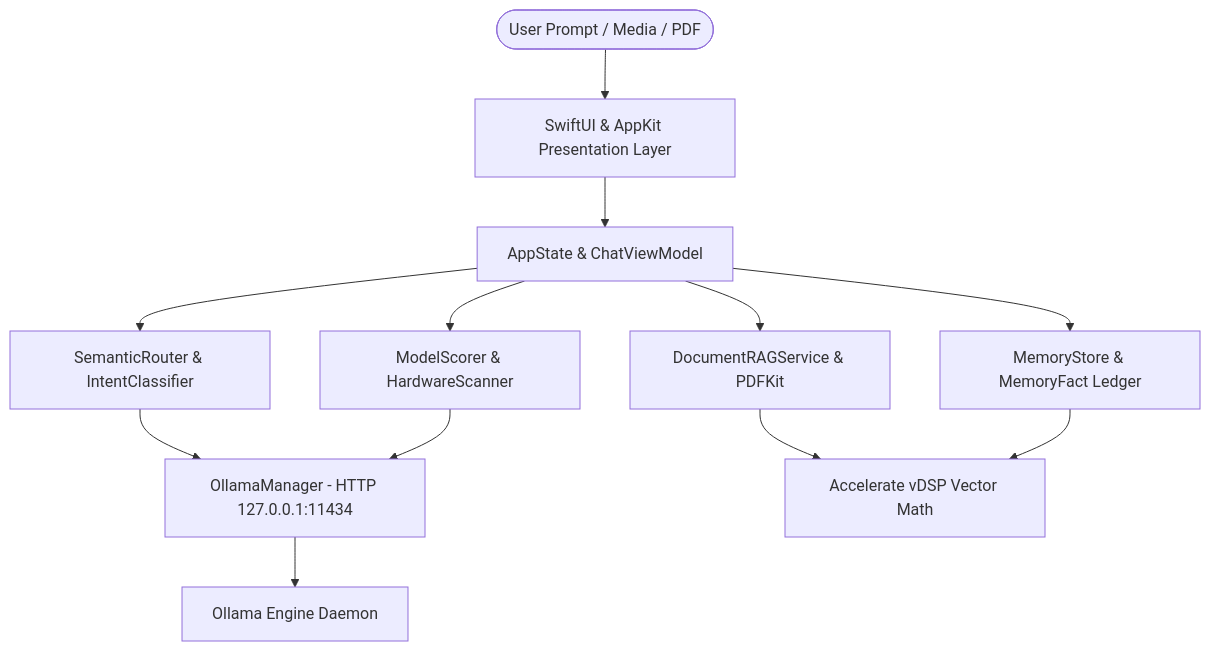
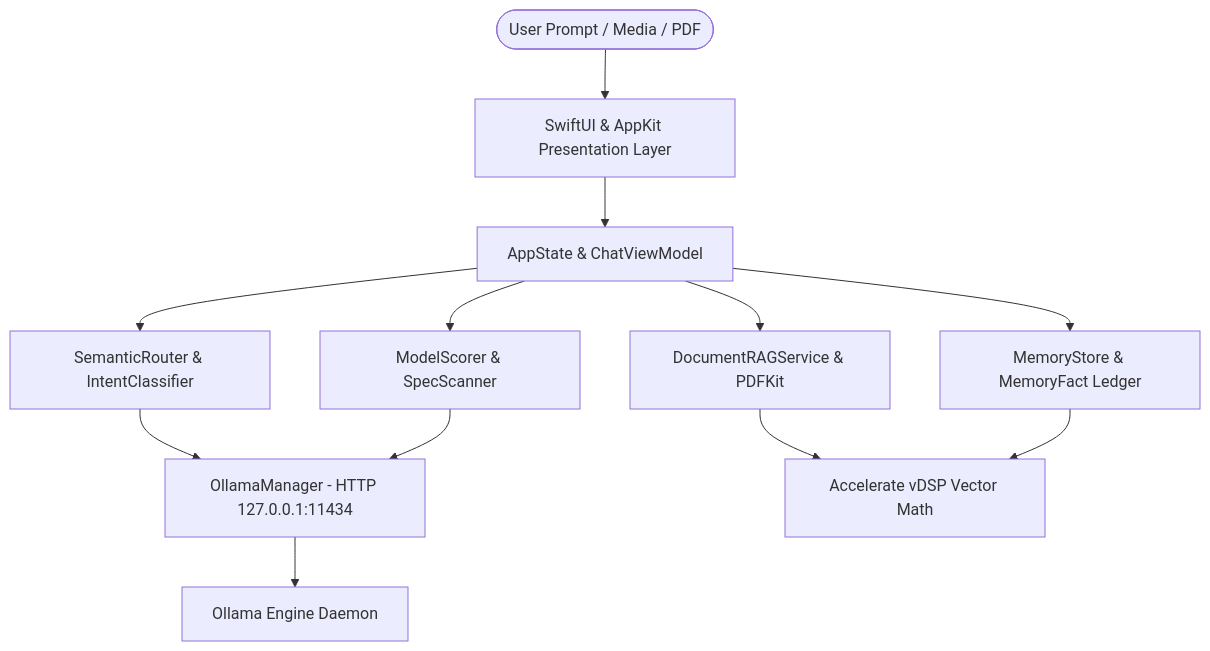
The diagram in ARCHITECTURE.md (mabdulrafey/NativAi-MacOS), drawn with Mermaid before and after one commit. The commit also changed other lines of this file and 16 other files, not shown here.

Commit message:
Fix model badges, sync ARCHITECTURE.md with code, clean up unused code, and refine image generation fallback

````diff
--- a/ARCHITECTURE.md
+++ b/ARCHITECTURE.md
@@ -7,14 +7,14 @@
 ```mermaid
 graph TD
     User([User Prompt / Media / PDF]) --> UI[SwiftUI & AppKit Presentation Layer]
     UI --> AppState[AppState & ChatViewModel]
     AppState --> Router[SemanticRouter & IntentClassifier]
     AppState --> RAG[DocumentRAGService & PDFKit]
     AppState --> Memory[MemoryStore & MemoryFact Ledger]
-    AppState --> Scorer[ModelScorer & HardwareScanner]
+    AppState --> Scorer[ModelScorer & SpecScanner]
     Router --> OllamaMgr[OllamaManager - HTTP 127.0.0.1:11434]
     Scorer --> OllamaMgr
     RAG --> Accelerate[Accelerate vDSP Vector Math]
     Memory --> Accelerate
     OllamaMgr --> Engine[Ollama Engine Daemon]
 ```
````
